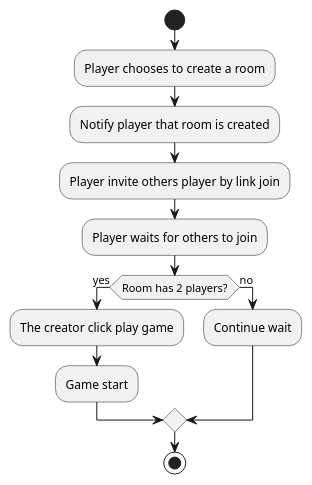
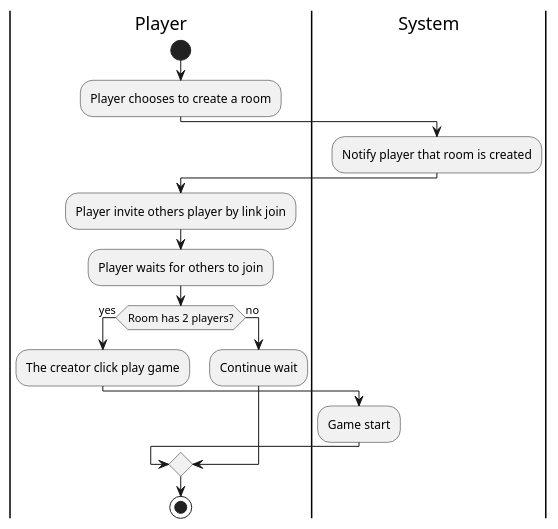
The diagram in Diagram/Activity Diagram/createRoomActivity.pu (3zard/Chess-Game), drawn with PlantUML before and after one commit. The commit also changed 13 other files, not shown here.

Commit message:
Trình | Fix activity diagram

```diff
--- a/Diagram/Activity Diagram/createRoomActivity.pu
+++ b/Diagram/Activity Diagram/createRoomActivity.pu
@@ -1,14 +1,19 @@
 @startuml
+|Player|
 start
 :Player chooses to create a room;
+|System|
 :Notify player that room is created;
+|Player|
 :Player invite others player by link join;
 :Player waits for others to join;
 if (Room has 2 players?) then (yes)
     :The creator click play game;
+    |System|
     :Game start;
 else (no)
+    |Player|
     :Continue wait;
 endif
 stop
 @enduml
```
